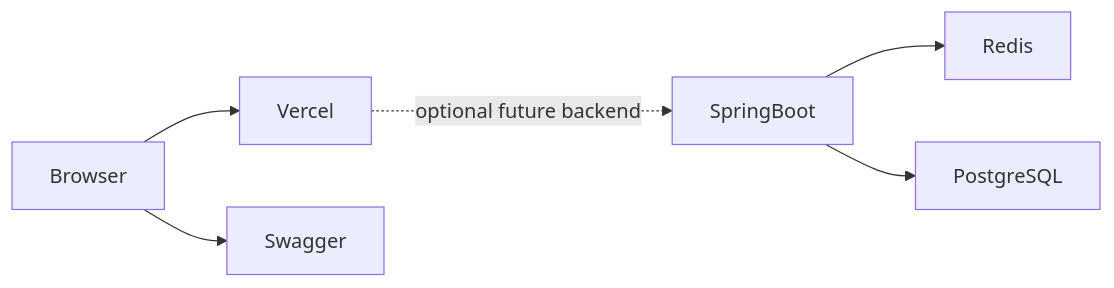
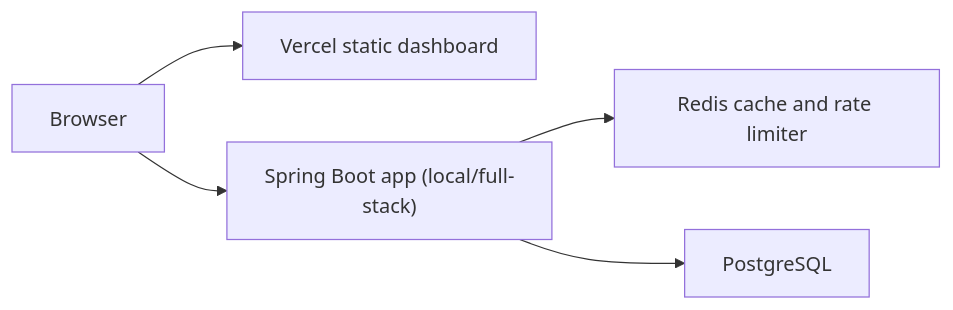
The diagram in README.md (NishGoyal01/Distributed-URL-Shortener), drawn with Mermaid before and after one commit. The commit also changed other lines of this file, not shown here.

````diff
--- a/README.md
+++ b/README.md
@@ -31,8 +35,7 @@
 ```mermaid
 flowchart LR
-    Browser --> Vercel
-    Vercel -. optional future backend .-> SpringBoot
-    SpringBoot --> Redis
+    Browser --> Vercel["Vercel static dashboard"]
+    Browser --> SpringBoot["Spring Boot app (local/full-stack)"]
+    SpringBoot --> Redis["Redis cache and rate limiter"]
     SpringBoot --> PostgreSQL
-    Browser --> Swagger
 ```
````
